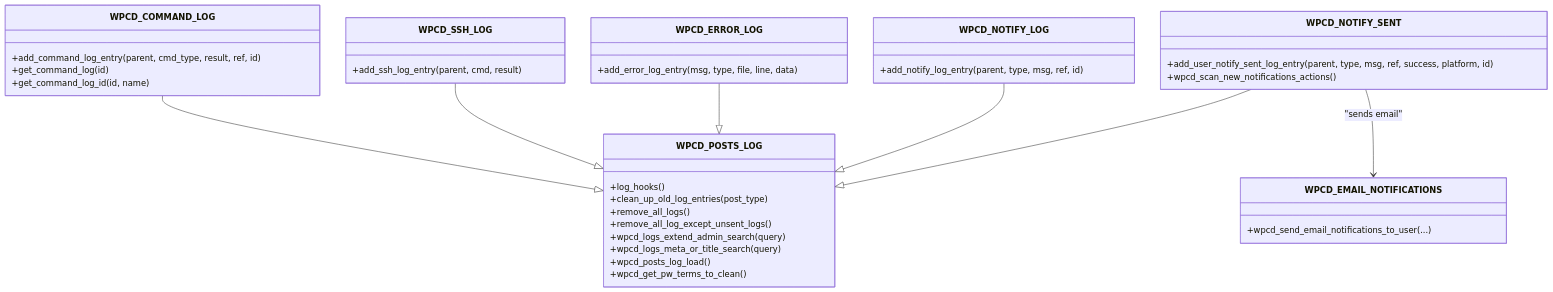
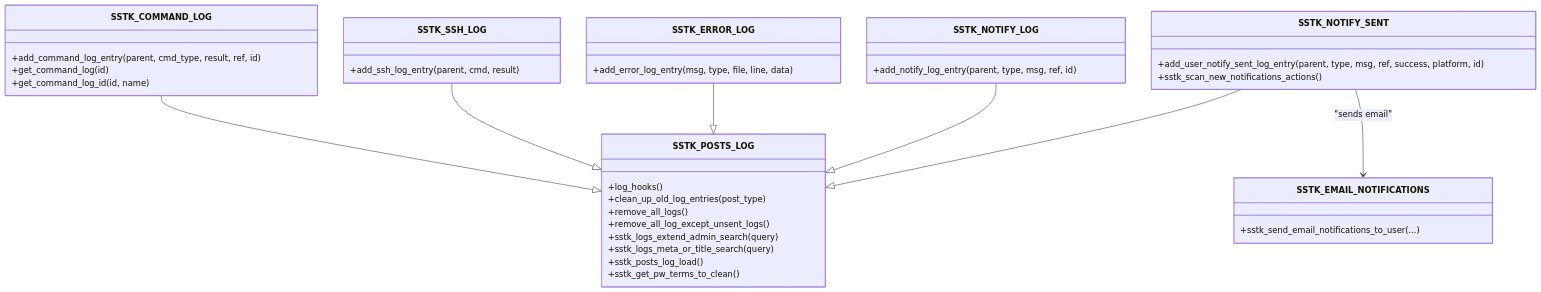
The fourth of 4 diagrams in .qoder/repowiki/en/content/Logging & Monitoring/Logging & Monitoring.md (onedogsolutions/simple-stack), drawn with Mermaid before and after one commit. The commit also changed other lines of this file and 5941 other files, not shown here.

````diff
--- a/.qoder/repowiki/en/content/Logging & Monitoring/Logging & Monitoring.md
+++ b/.qoder/repowiki/en/content/Logging & Monitoring/Logging & Monitoring.md
@@ -328,40 +328,40 @@
 ```mermaid
 classDiagram
-class WPCD_POSTS_LOG {
+class SSTK_POSTS_LOG {
 +log_hooks()
 +clean_up_old_log_entries(post_type)
 +remove_all_logs()
 +remove_all_log_except_unsent_logs()
-+wpcd_logs_extend_admin_search(query)
-+wpcd_logs_meta_or_title_search(query)
-+wpcd_posts_log_load()
-+wpcd_get_pw_terms_to_clean()
++sstk_logs_extend_admin_search(query)
++sstk_logs_meta_or_title_search(query)
++sstk_posts_log_load()
++sstk_get_pw_terms_to_clean()
 }
-class WPCD_COMMAND_LOG {
+class SSTK_COMMAND_LOG {
 +add_command_log_entry(parent, cmd_type, result, ref, id)
 +get_command_log(id)
 +get_command_log_id(id, name)
 }
-class WPCD_SSH_LOG {
+class SSTK_SSH_LOG {
 +add_ssh_log_entry(parent, cmd, result)
 }
-class WPCD_ERROR_LOG {
+class SSTK_ERROR_LOG {
 +add_error_log_entry(msg, type, file, line, data)
 }
-class WPCD_NOTIFY_LOG {
+class SSTK_NOTIFY_LOG {
 +add_notify_log_entry(parent, type, msg, ref, id)
 }
-class WPCD_NOTIFY_SENT {
+class SSTK_NOTIFY_SENT {
 +add_user_notify_sent_log_entry(parent, type, msg, ref, success, platform, id)
-+wpcd_scan_new_notifications_actions()
++sstk_scan_new_notifications_actions()
 }
-class WPCD_EMAIL_NOTIFICATIONS {
-+wpcd_send_email_notifications_to_user(...)
+class SSTK_EMAIL_NOTIFICATIONS {
++sstk_send_email_notifications_to_user(...)
 }
-WPCD_COMMAND_LOG --|> WPCD_POSTS_LOG
-WPCD_SSH_LOG --|> WPCD_POSTS_LOG
-WPCD_ERROR_LOG --|> WPCD_POSTS_LOG
-WPCD_NOTIFY_LOG --|> WPCD_POSTS_LOG
-WPCD_NOTIFY_SENT --|> WPCD_POSTS_LOG
-WPCD_NOTIFY_SENT --> WPCD_EMAIL_NOTIFICATIONS : "sends email"
+SSTK_COMMAND_LOG --|> SSTK_POSTS_LOG
+SSTK_SSH_LOG --|> SSTK_POSTS_LOG
+SSTK_ERROR_LOG --|> SSTK_POSTS_LOG
+SSTK_NOTIFY_LOG --|> SSTK_POSTS_LOG
+SSTK_NOTIFY_SENT --|> SSTK_POSTS_LOG
+SSTK_NOTIFY_SENT --> SSTK_EMAIL_NOTIFICATIONS : "sends email"
 ```
````
